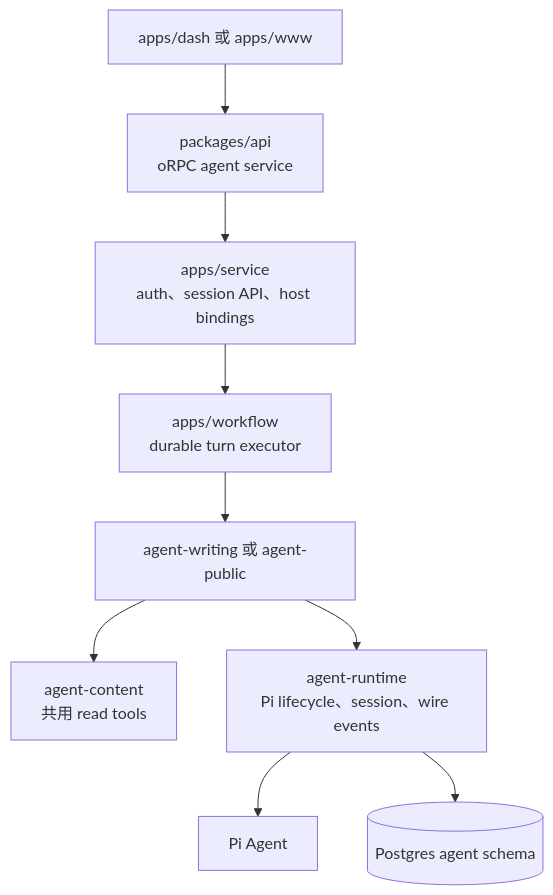
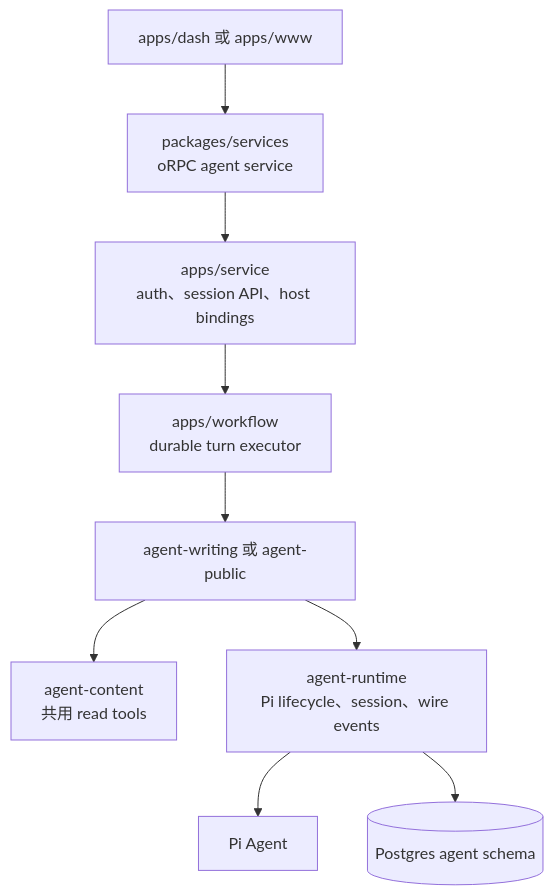
Before and after one commit to Chia1104/chia1104.dev: the first of 3 diagrams in docs/agent-architecture.zh.md, drawn with Mermaid. The commit also changed other lines of this file and 210 other files, not shown here.

First line of the commit message:
refactor: split @chia/api into @chia/services and @chia/integrations

````diff
--- a/docs/agent-architecture.zh.md
+++ b/docs/agent-architecture.zh.md
@@ -22,11 +22,11 @@
 ```mermaid
 flowchart TB
-    UI[apps/dash 或 apps/www] --> API[packages/api<br/>oRPC agent service]
+    UI[apps/dash 或 apps/www] --> API[packages/services<br/>oRPC agent service]
     API --> SVC[apps/service<br/>auth、session API、host bindings]
     SVC --> WF[apps/workflow<br/>durable turn executor]
     WF --> KIND[agent-writing 或 agent-public]
     KIND --> CONTENT[agent-content<br/>共用 read tools]
     KIND --> RUNTIME[agent-runtime<br/>Pi lifecycle、session、wire events]
     RUNTIME --> PI[Pi Agent]
     RUNTIME --> PG[(Postgres agent schema)]
 ```
````
